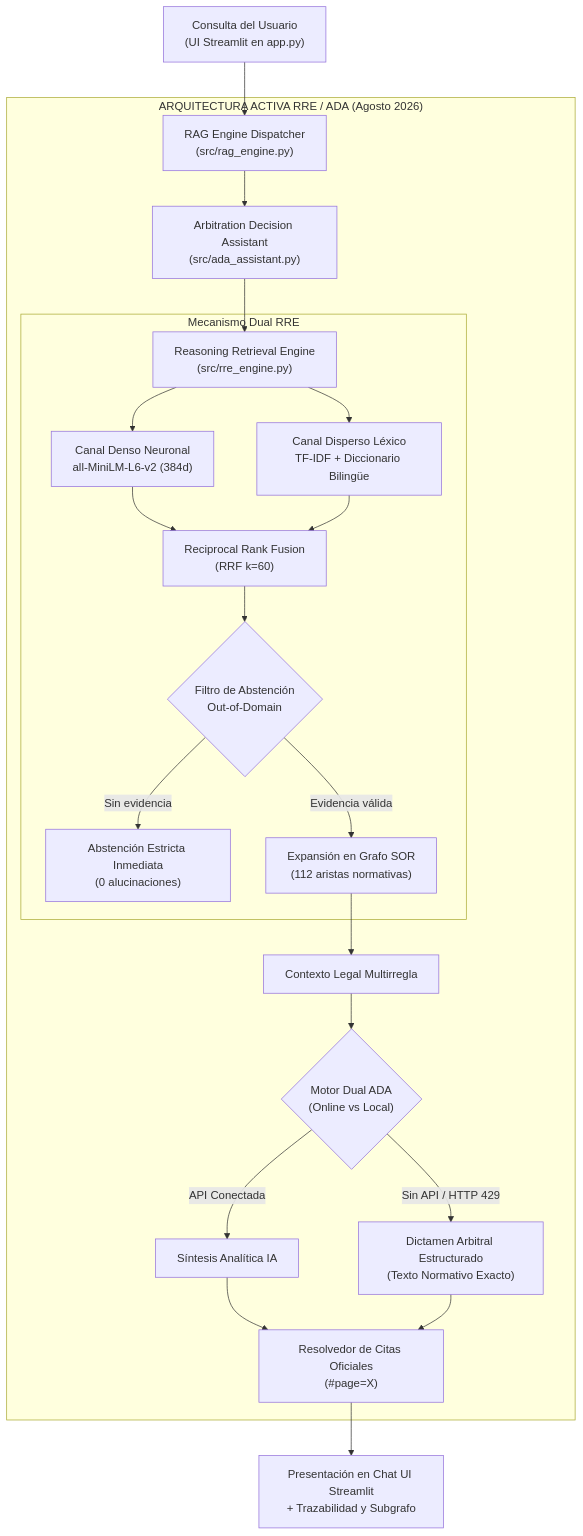
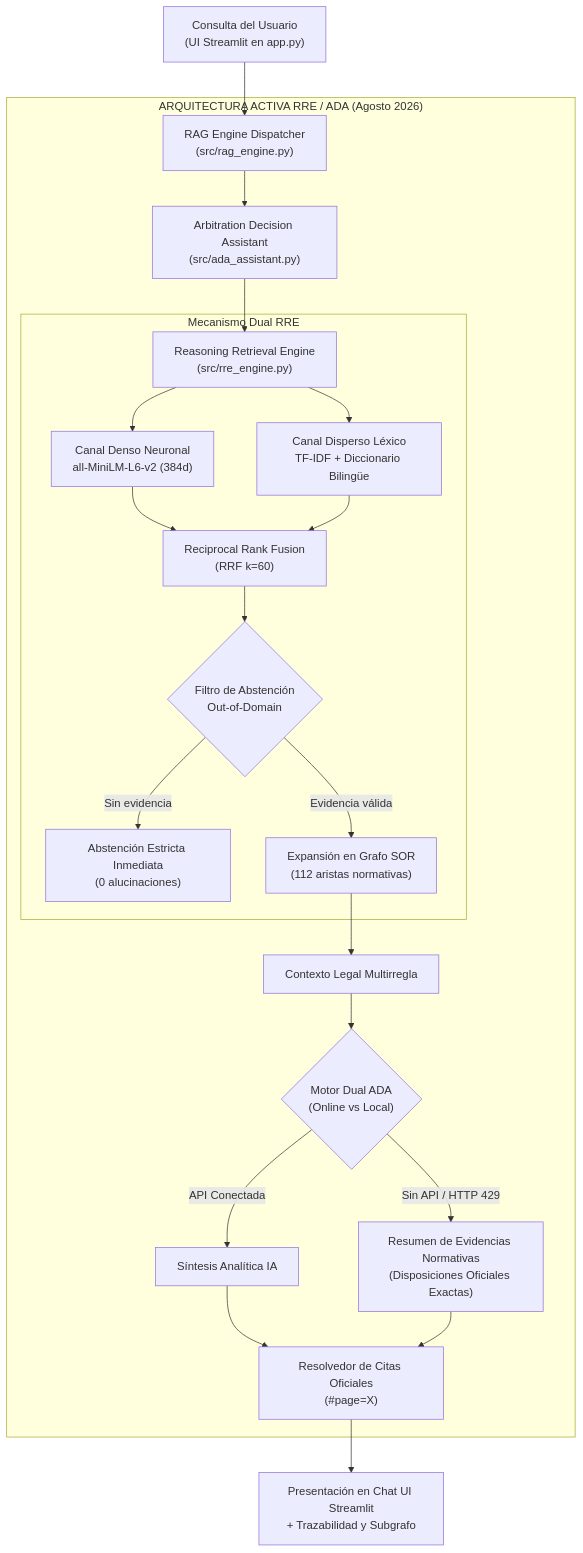
The diagram in docs/reports/coverage_audit_2026_08/followup_review/NEW_ARCHITECTURE_IMPLEMENTATION_REPORT.md (Alxs68/IJF-SOR-Assistant), drawn with Mermaid before and after one commit. The commit also changed other lines of this file and 7 other files, not shown here.

````diff
--- a/docs/reports/coverage_audit_2026_08/followup_review/NEW_ARCHITECTURE_IMPLEMENTATION_REPORT.md
+++ b/docs/reports/coverage_audit_2026_08/followup_review/NEW_ARCHITECTURE_IMPLEMENTATION_REPORT.md
@@ -42,29 +43,29 @@
 ```mermaid
 flowchart TD
     UserQuery["Consulta del Usuario\n(UI Streamlit en app.py)"] --> RAGDispatcher["RAG Engine Dispatcher\n(src/rag_engine.py)"]
     
     subgraph "ARQUITECTURA ACTIVA RRE / ADA (Agosto 2026)"
         RAGDispatcher --> ADA["Arbitration Decision Assistant\n(src/ada_assistant.py)"]
         ADA --> RRE["Reasoning Retrieval Engine\n(src/rre_engine.py)"]
         
         subgraph "Mecanismo Dual RRE"
             RRE --> Dense["Canal Denso Neuronal\nall-MiniLM-L6-v2 (384d)"]
             RRE --> Sparse["Canal Disperso Léxico\nTF-IDF + Diccionario Bilingüe"]
             Dense --> RRF["Reciprocal Rank Fusion\n(RRF k=60)"]
             Sparse --> RRF
             RRF --> Gate{"Filtro de Abstención\nOut-of-Domain"}
             Gate -- "Sin evidencia" --> Abstain["Abstención Estricta Inmediata\n(0 alucinaciones)"]
             Gate -- "Evidencia válida" --> GraphExp["Expansión en Grafo SOR\n(112 aristas normativas)"]
         end
         
         GraphExp --> ADAContext["Contexto Legal Multirregla"]
         ADAContext --> ADAGen{"Motor Dual ADA\n(Online vs Local)"}
         ADAGen -- "API Conectada" --> LLMSynth["Síntesis Analítica IA"]
-        ADAGen -- "Sin API / HTTP 429" --> LocalBrief["Dictamen Arbitral Estructurado\n(Texto Normativo Exacto)"]
+        ADAGen -- "Sin API / HTTP 429" --> LocalBrief["Resumen de Evidencias Normativas\n(Disposiciones Oficiales Exactas)"]
         
         LLMSynth --> CitationResolver["Resolvedor de Citas Oficiales\n(#page=X)"]
         LocalBrief --> CitationResolver
     end
 
     CitationResolver --> FinalUI["Presentación en Chat UI Streamlit\n+ Trazabilidad y Subgrafo"]
 ```
````
